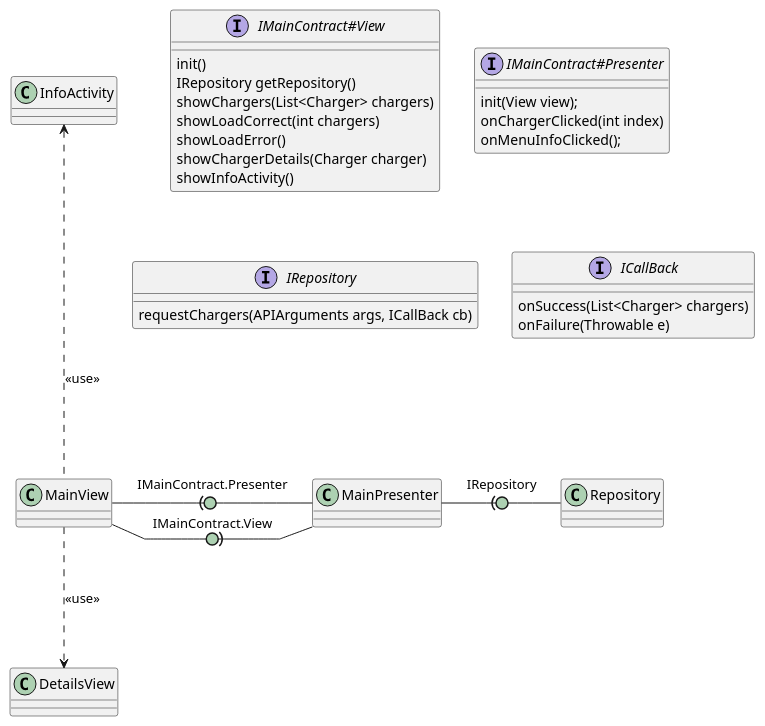
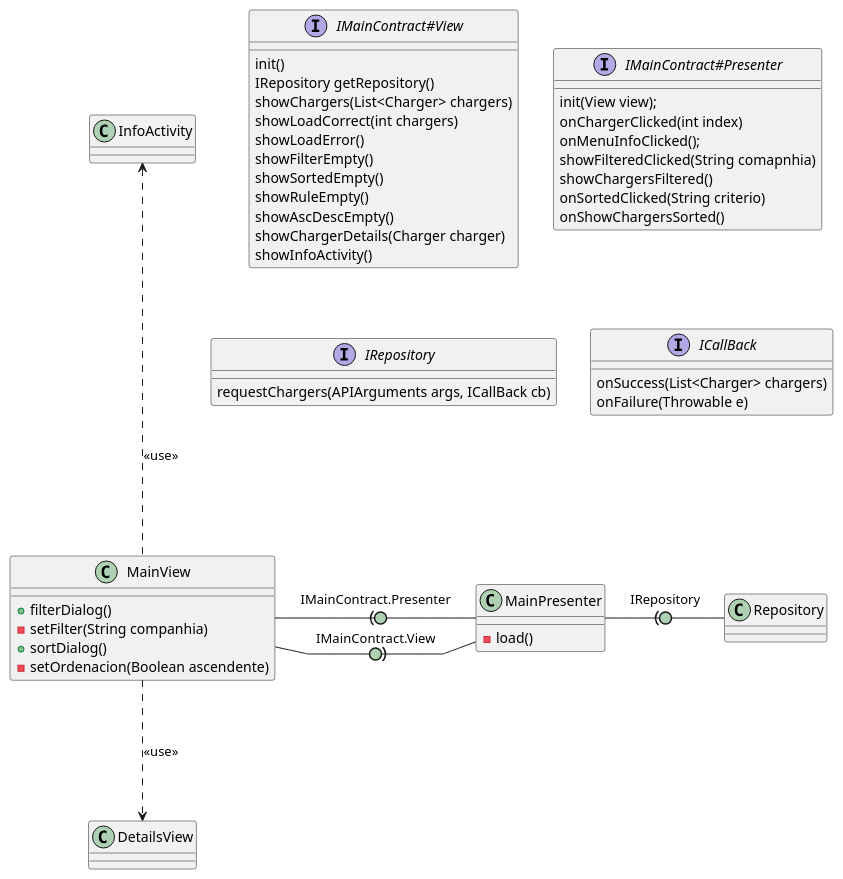
One commit to isunican/App-CarChargers-Grupo2 changed the diagram in Docs/Models/arquitectura.puml. Above: the diagram before and after it, drawn with PlantUML.

```diff
--- a/Docs/Models/arquitectura.puml
+++ b/Docs/Models/arquitectura.puml
@@ -1,44 +1,63 @@
 @startuml arquitectura
 
 skinparam linetype polyline
 skinparam arrowLollipopColor #ADD1B2
 
 MainView -right(0- MainPresenter : IMainContract.Presenter
 MainView -right0)- MainPresenter : IMainContract.View
 MainView -up..-> InfoActivity : <<use>>
 MainView -down..> DetailsView : <<use>>
 MainPresenter -right(0- Repository : IRepository
 
 together {
   interface IMainContract#View
   interface IMainContract#Presenter
   interface IRepository
   interface ICallBack
 }
 
 interface IMainContract#View {
     init()
     IRepository getRepository()
     showChargers(List<Charger> chargers)
     showLoadCorrect(int chargers)
     showLoadError()
+    showFilterEmpty()
+    showSortedEmpty()
+    showRuleEmpty()
+    showAscDescEmpty()
     showChargerDetails(Charger charger)
     showInfoActivity()
 }
 
 interface IMainContract#Presenter {
    init(View view);
    onChargerClicked(int index)
    onMenuInfoClicked();
+   showFilteredClicked(String comapnhia)
+   showChargersFiltered()
+   onSortedClicked(String criterio)
+   onShowChargersSorted()
 }
 
 interface IRepository {
     requestChargers(APIArguments args, ICallBack cb)
 }
 
 interface ICallBack {
     onSuccess(List<Charger> chargers)
     onFailure(Throwable e)
 }
 
+class MainPresenter {
+    -load()
+}
+
+class MainView {
+    +filterDialog()
+    -setFilter(String companhia)
+    +sortDialog()
+    -setOrdenacion(Boolean ascendente) 
+}
+
 @enduml
```
